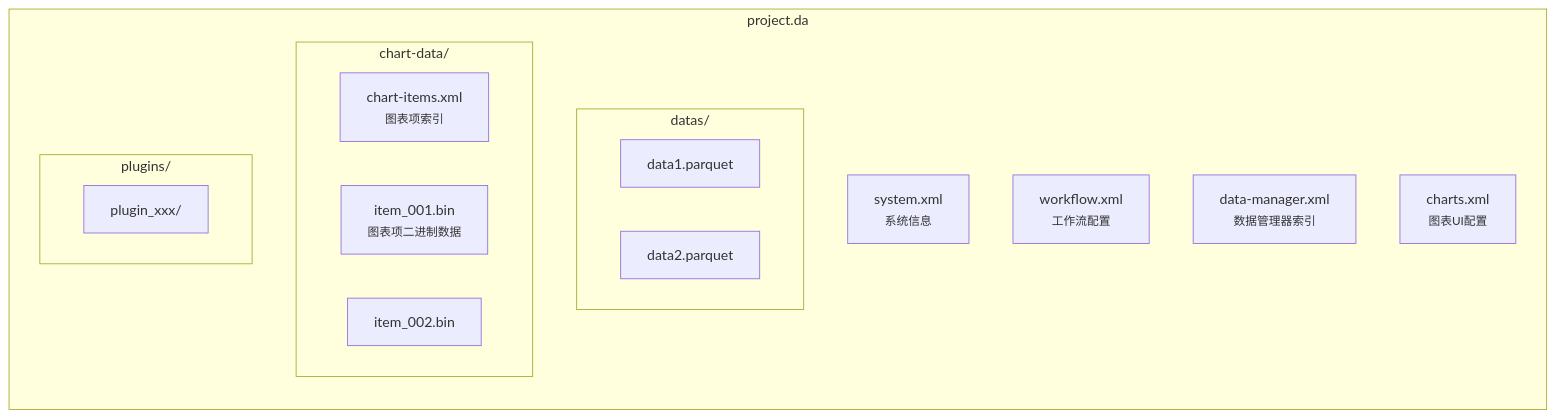
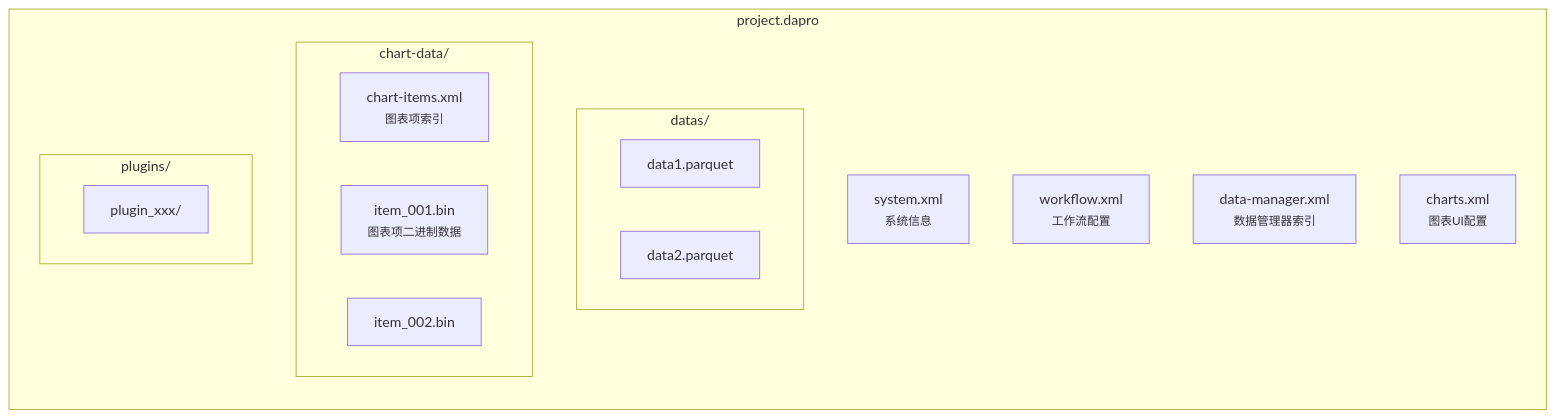
One commit to czyt1988/data-workbench changed the seventh of 7 diagrams in docs/zh/dev-guide/architecture/project-serialization-architecture.md. Above: the diagram before and after it, drawn with Mermaid. The commit also changed other lines of this file and 55 other files, not shown here.

````diff
--- a/docs/zh/dev-guide/architecture/project-serialization-architecture.md
+++ b/docs/zh/dev-guide/architecture/project-serialization-architecture.md
@@ -811,21 +811,21 @@
 ```mermaid
 graph LR
-    subgraph project.da
+    subgraph project.dapro
         A["system.xml<br/><small>系统信息</small>"]
         B["workflow.xml<br/><small>工作流配置</small>"]
         C["data-manager.xml<br/><small>数据管理器索引</small>"]
         subgraph datas["datas/"]
             D1["data1.parquet"]
             D2["data2.parquet"]
         end
         E["charts.xml<br/><small>图表UI配置</small>"]
         subgraph chartdata["chart-data/"]
             F1["chart-items.xml<br/><small>图表项索引</small>"]
             F2["item_001.bin<br/><small>图表项二进制数据</small>"]
             F3["item_002.bin"]
         end
         subgraph plugins["plugins/"]
             G1["plugin_xxx/"]
         end
     end
 ```
````
